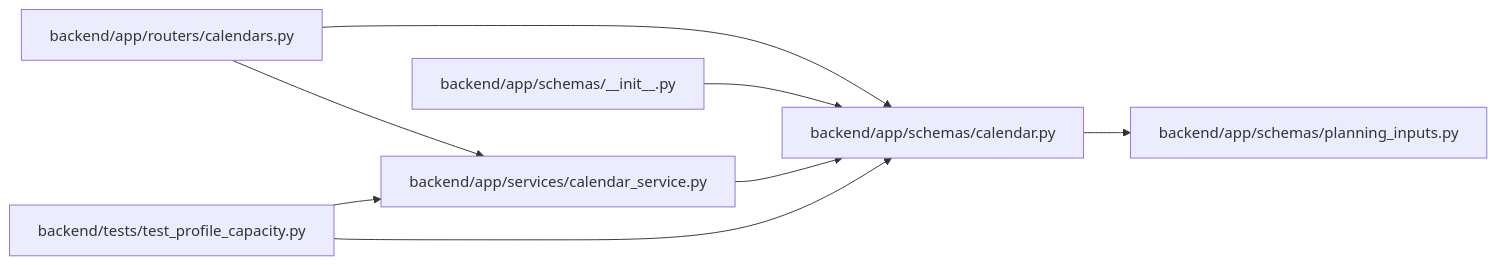
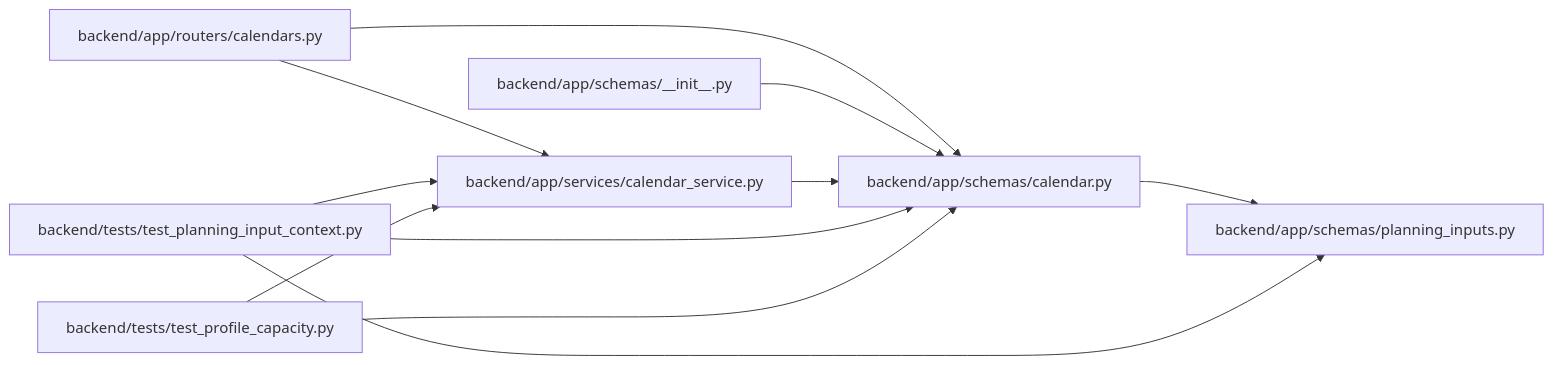
One commit to Denissvgn/WorkChord changed the diagram in docs/llm_wiki/modules/schemas_calendar.md. Above: the diagram before and after it, drawn with Mermaid. The commit also changed other lines of this file and 476 other files, not shown here.

Commit message:
docs: document complete planning input observations

````diff
--- a/docs/llm_wiki/modules/schemas_calendar.md
+++ b/docs/llm_wiki/modules/schemas_calendar.md
@@ -21,22 +21,27 @@
 ```mermaid
 flowchart LR
     n0["backend/app/routers/calendars.py"]
     n1["backend/app/schemas/__init__.py"]
     n2["backend/app/schemas/calendar.py"]
     n3["backend/app/schemas/planning_inputs.py"]
     n4["backend/app/services/calendar_service.py"]
-    n5["backend/tests/test_profile_capacity.py"]
+    n5["backend/tests/test_planning_input_context.py"]
+    n6["backend/tests/test_profile_capacity.py"]
     n0 --> n2
     n0 --> n4
     n1 --> n2
     n2 --> n3
     n4 --> n2
     n5 --> n2
+    n5 --> n3
     n5 --> n4
+    n6 --> n2
+    n6 --> n4
     click n0 "../modules/calendars.md"
     click n1 "../modules/schemas___init__.md"
     click n2 "../modules/schemas_calendar.md"
     click n3 "../modules/planning_inputs.md"
     click n4 "../modules/calendar_service.md"
-    click n5 "../modules/test_profile_capacity.md"
+    click n5 "../modules/test_planning_input_context.md"
+    click n6 "../modules/test_profile_capacity.md"
 ```
````
